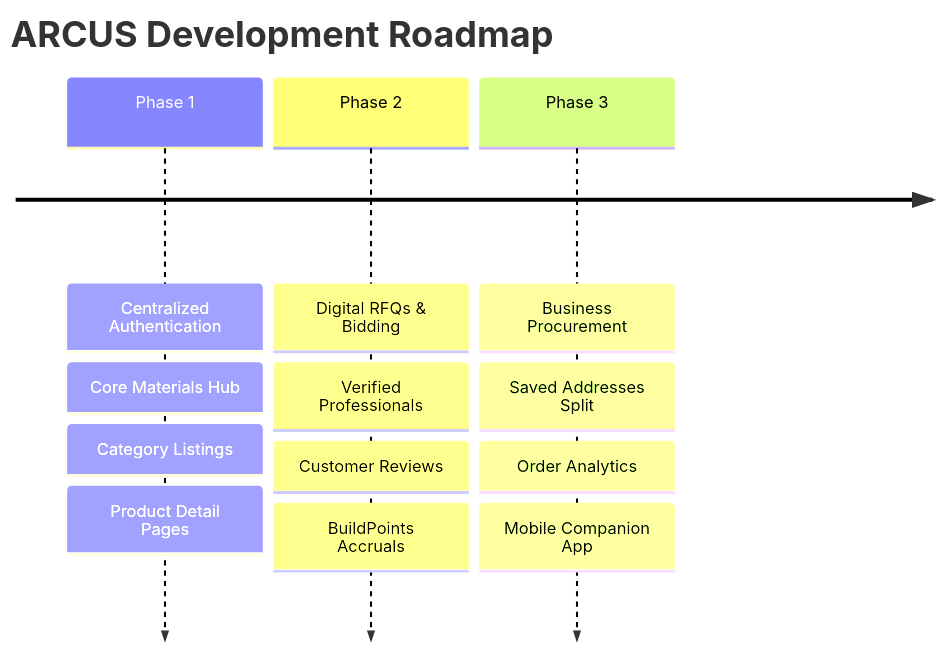
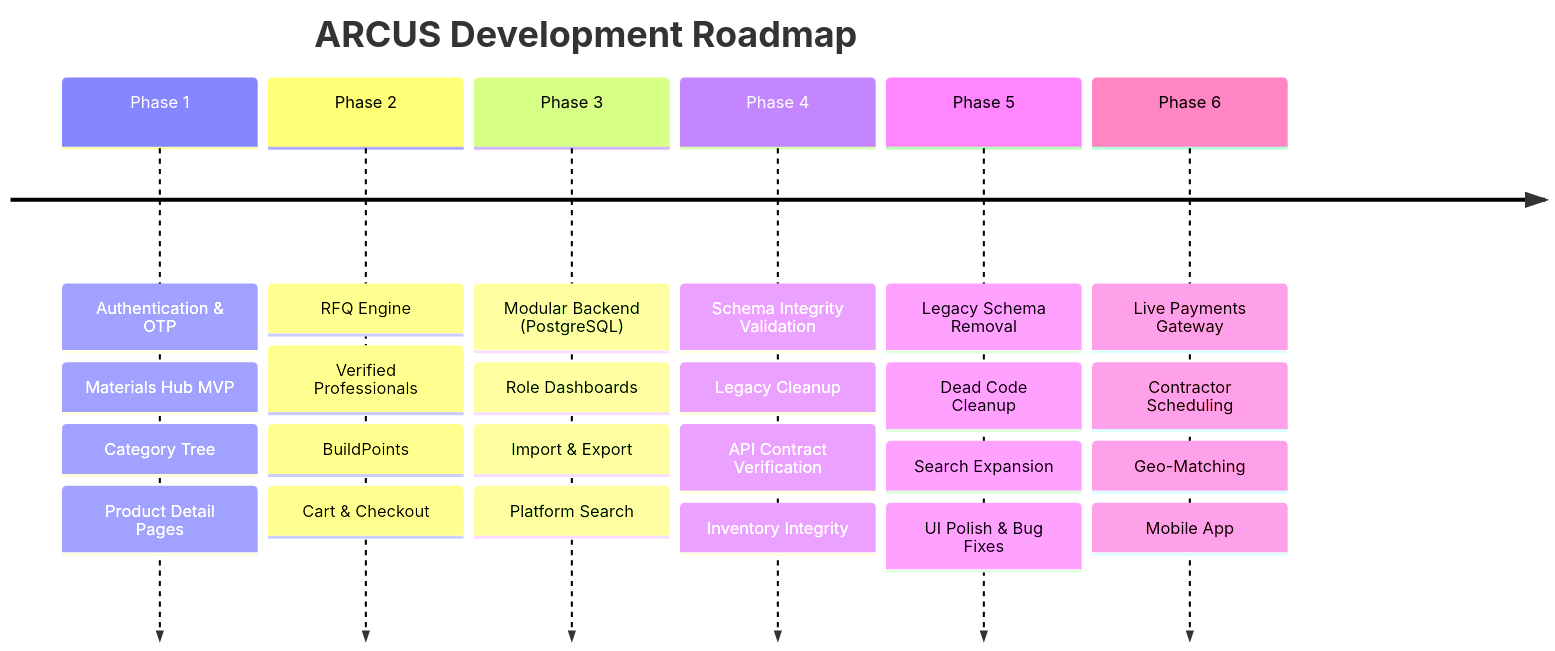
One commit to Abhijeetm96/Arcus-B2B changed the seventh of 7 diagrams in README.md. Above: the diagram before and after it, drawn with Mermaid. The commit also changed other lines of this file, not shown here.

Commit message:
docs: update README.md to reflect Phase 5 architecture - v2.0.0

````diff
--- a/README.md
+++ b/README.md
@@ -203,7 +392,10 @@
 ```mermaid
 timeline
     title ARCUS Development Roadmap
-    Phase 1 : Centralized Authentication : Core Materials Hub : Category Listings : Product Detail Pages
-    Phase 2 : Digital RFQs & Bidding : Verified Professionals : Customer Reviews : BuildPoints Accruals
-    Phase 3 : Business Procurement : Saved Addresses Split : Order Analytics : Mobile Companion App
+    Phase 1 : Authentication & OTP : Materials Hub MVP : Category Tree : Product Detail Pages
+    Phase 2 : RFQ Engine : Verified Professionals : BuildPoints : Cart & Checkout
+    Phase 3 : Modular Backend (PostgreSQL) : Role Dashboards : Import & Export : Platform Search
+    Phase 4 : Schema Integrity Validation : Legacy Cleanup : API Contract Verification : Inventory Integrity
+    Phase 5 : Legacy Schema Removal : Dead Code Cleanup : Search Expansion : UI Polish & Bug Fixes
+    Phase 6 : Live Payments Gateway : Contractor Scheduling : Geo-Matching : Mobile App
 ```
````
